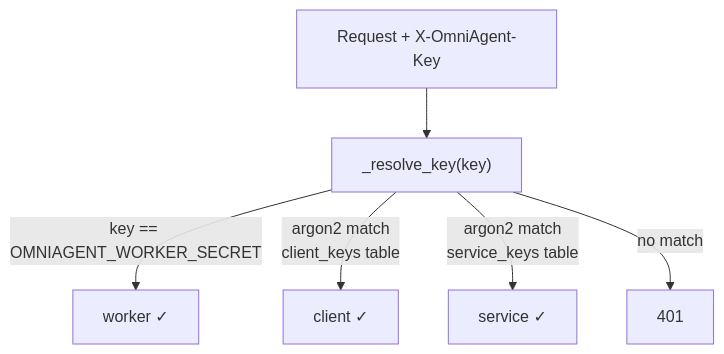
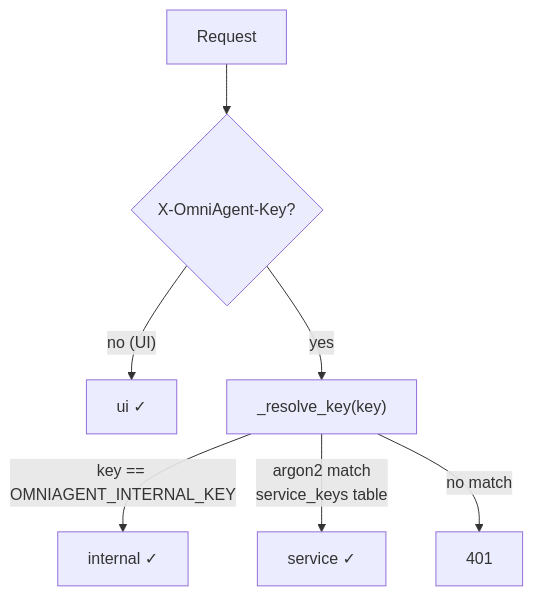
The fourth of 5 diagrams in README.md (Sheerabth/omniagent), drawn with Mermaid before and after one commit. The commit also changed other lines of this file and 12 other files, not shown here.

````diff
--- a/README.md
+++ b/README.md
@@ -90,8 +91,9 @@
 ```mermaid
 flowchart TD
-    Req["Request + X-OmniAgent-Key"] --> Resolve["_resolve_key(key)"]
-    Resolve -->|"key == OMNIAGENT_WORKER_SECRET"| Worker["worker ✓"]
-    Resolve -->|"argon2 match<br/>client_keys table"| Client["client ✓"]
+    Req["Request"] --> HasKey{"X-OmniAgent-Key?"}
+    HasKey -->|"no (UI)"| Ui["ui ✓"]
+    HasKey -->|"yes"| Resolve["_resolve_key(key)"]
+    Resolve -->|"key == OMNIAGENT_INTERNAL_KEY"| Internal["internal ✓"]
     Resolve -->|"argon2 match<br/>service_keys table"| Service["service ✓"]
     Resolve -->|"no match"| Deny["401"]
 ```
````
